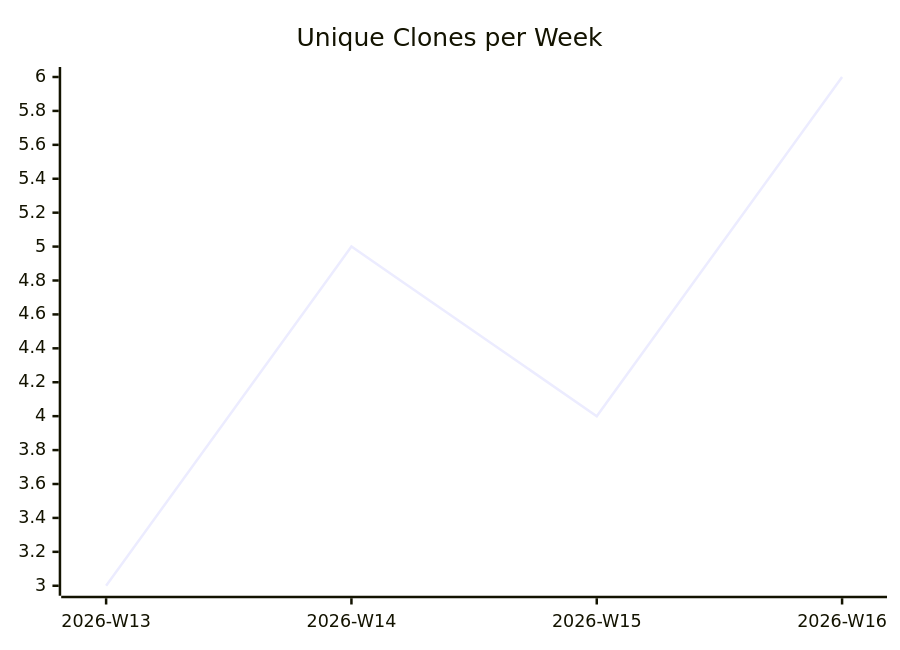
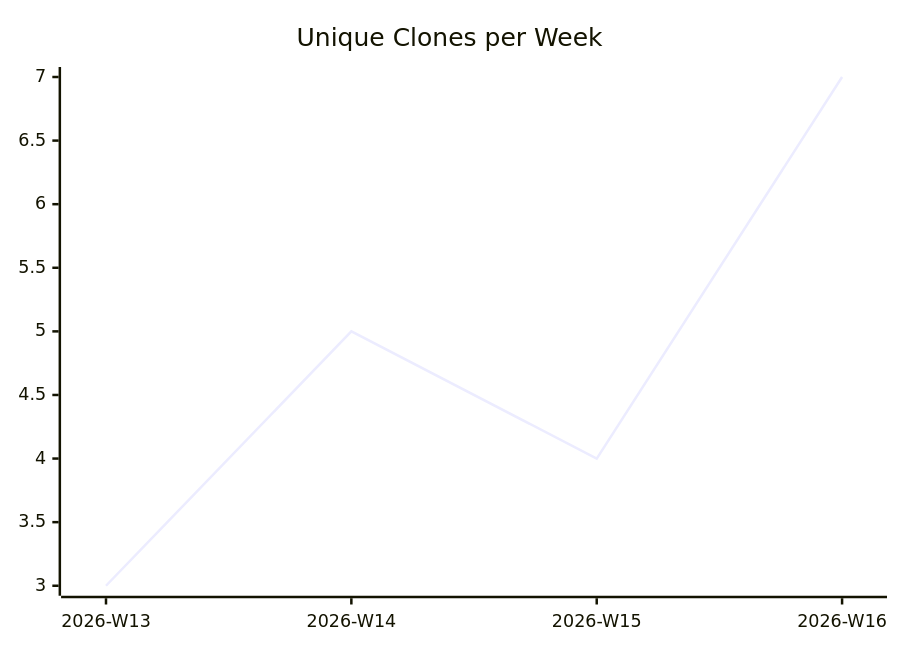
Before and after one commit to justdavis-family/github-analytics-data: the third of 3 diagrams in karlmdavis/dotfiles/README.md, drawn with Mermaid. The commit also changed other lines of this file and 190 other files, not shown here.

````diff
--- a/karlmdavis/dotfiles/README.md
+++ b/karlmdavis/dotfiles/README.md
@@ -19,6 +19,6 @@
 ```mermaid
 xychart-beta
   title "Unique Clones per Week"
   x-axis ["2026-W13", "2026-W14", "2026-W15", "2026-W16"]
-  line [3, 5, 4, 6]
+  line [3, 5, 4, 7]
 ```
````
